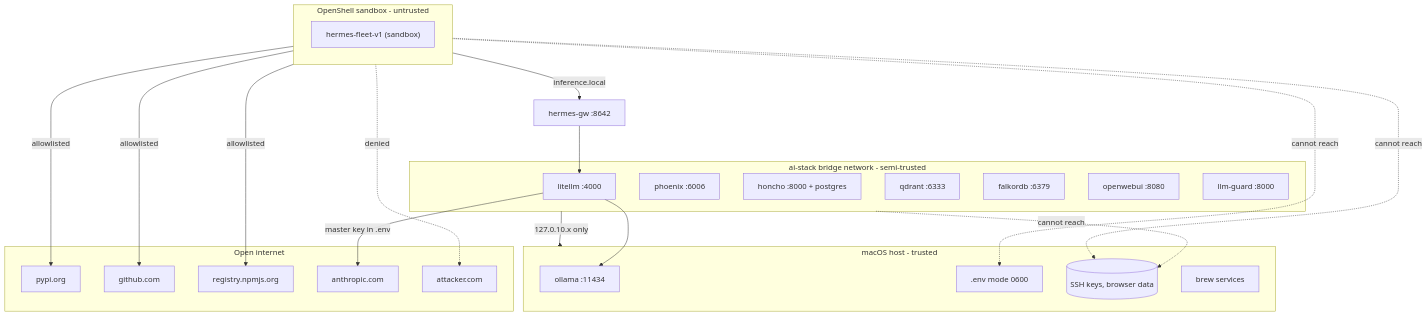
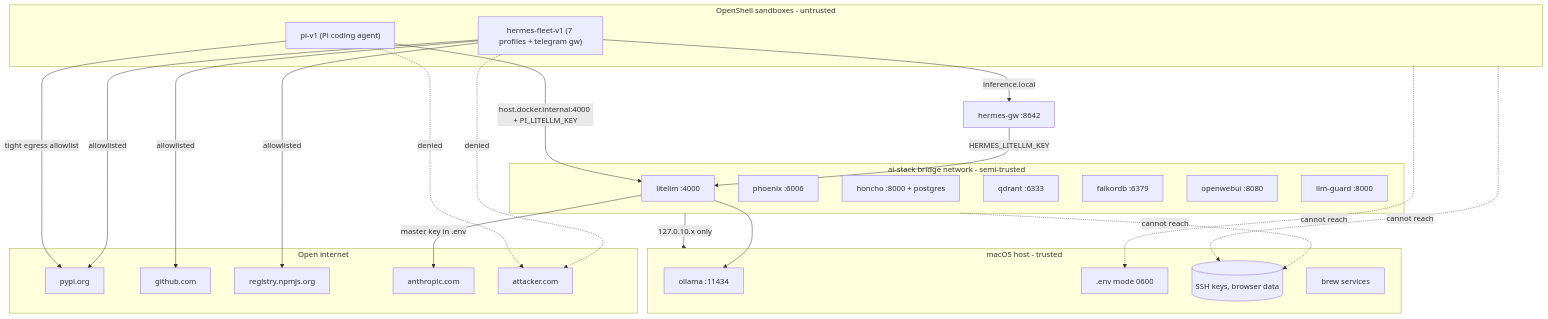
Diagram 12 of 16 in doc/DIAGRAMS.md (mayssamj/versatile-ai-stack), drawn with Mermaid before and after one commit. The commit also changed other lines of this file and 16 other files, not shown here.

````diff
--- a/doc/DIAGRAMS.md
+++ b/doc/DIAGRAMS.md
@@ -432,47 +511,51 @@
 ```mermaid
 flowchart TB
   subgraph Internet[Open internet]
     PyPI[pypi.org]
     GH[github.com]
     NPM[registry.npmjs.org]
     Claude[anthropic.com]
     Bad[attacker.com]
   end
 
   subgraph Host[macOS host - trusted]
     OL[ollama :11434]
     Env[.env mode 0600]
     Keys[(SSH keys, browser data)]
     Brew[brew services]
   end
 
   subgraph Containers[ai-stack bridge network - semi-trusted]
     LL[litellm :4000]
     PX[phoenix :6006]
     HO[honcho :8000 + postgres]
     QD[qdrant :6333]
     FK[falkordb :6379]
     OWU[openwebui :8080]
     LG[llm-guard :8000]
   end
 
-  subgraph Sandbox[OpenShell sandbox - untrusted]
-    HF["hermes-fleet-v1 (sandbox)"]
+  subgraph Sandbox[OpenShell sandboxes - untrusted]
+    HF["hermes-fleet-v1 (7 profiles + telegram gw)"]
+    PI["pi-v1 (Pi coding agent)"]
   end
 
-  Sandbox -- inference.local --> SBProxy[hermes-gw :8642]
-  SBProxy --> LL
+  HF -- inference.local --> SBProxy[hermes-gw :8642]
+  SBProxy -- HERMES_LITELLM_KEY --> LL
+  PI -- "host.docker.internal:4000 + PI_LITELLM_KEY" --> LL
 
-  Sandbox -- allowlisted --> PyPI
-  Sandbox -- allowlisted --> GH
-  Sandbox -- allowlisted --> NPM
-  Sandbox -.denied.-> Bad
+  HF -- allowlisted --> PyPI
+  HF -- allowlisted --> GH
+  HF -- allowlisted --> NPM
+  HF -.denied.-> Bad
+  PI -- "tight egress allowlist" --> PyPI
+  PI -.denied.-> Bad
 
   LL -- master key in .env --> Claude
   LL --> OL
 
   Containers -- 127.0.10.x only --> Host
   Containers -.cannot reach.-> Keys
   Sandbox -.cannot reach.-> Keys
   Sandbox -.cannot reach.-> Env
 ```
````
